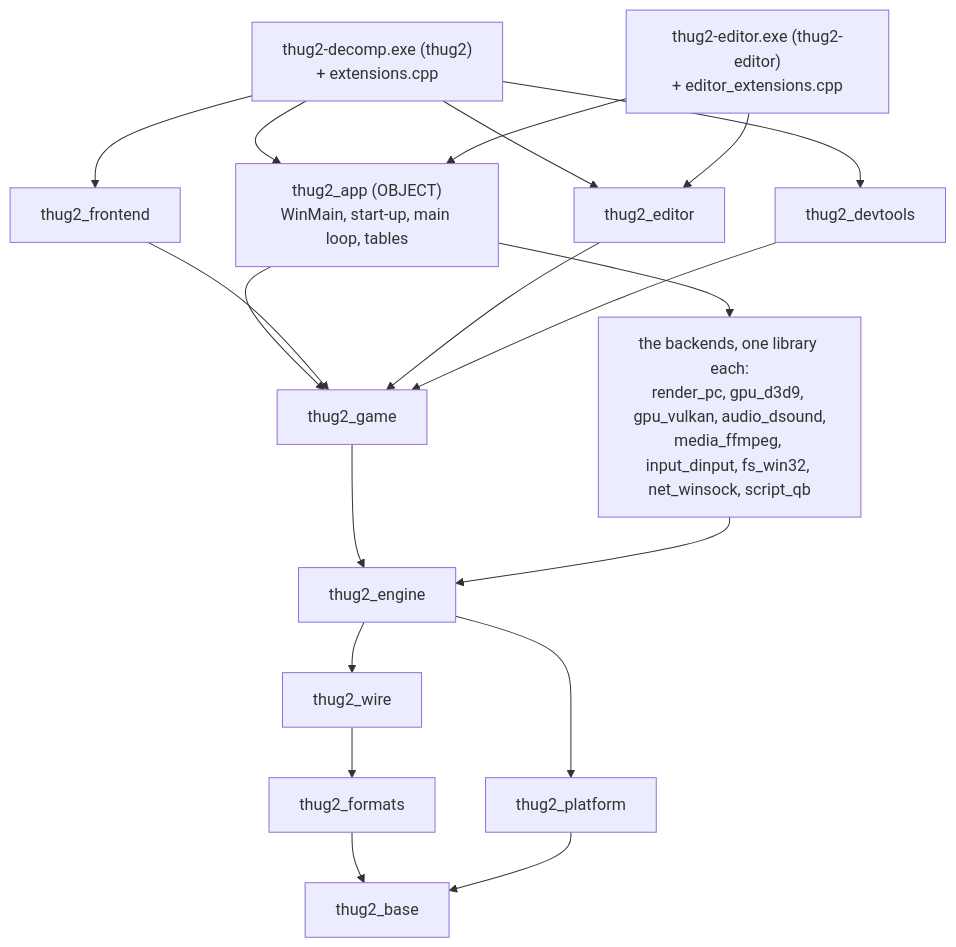
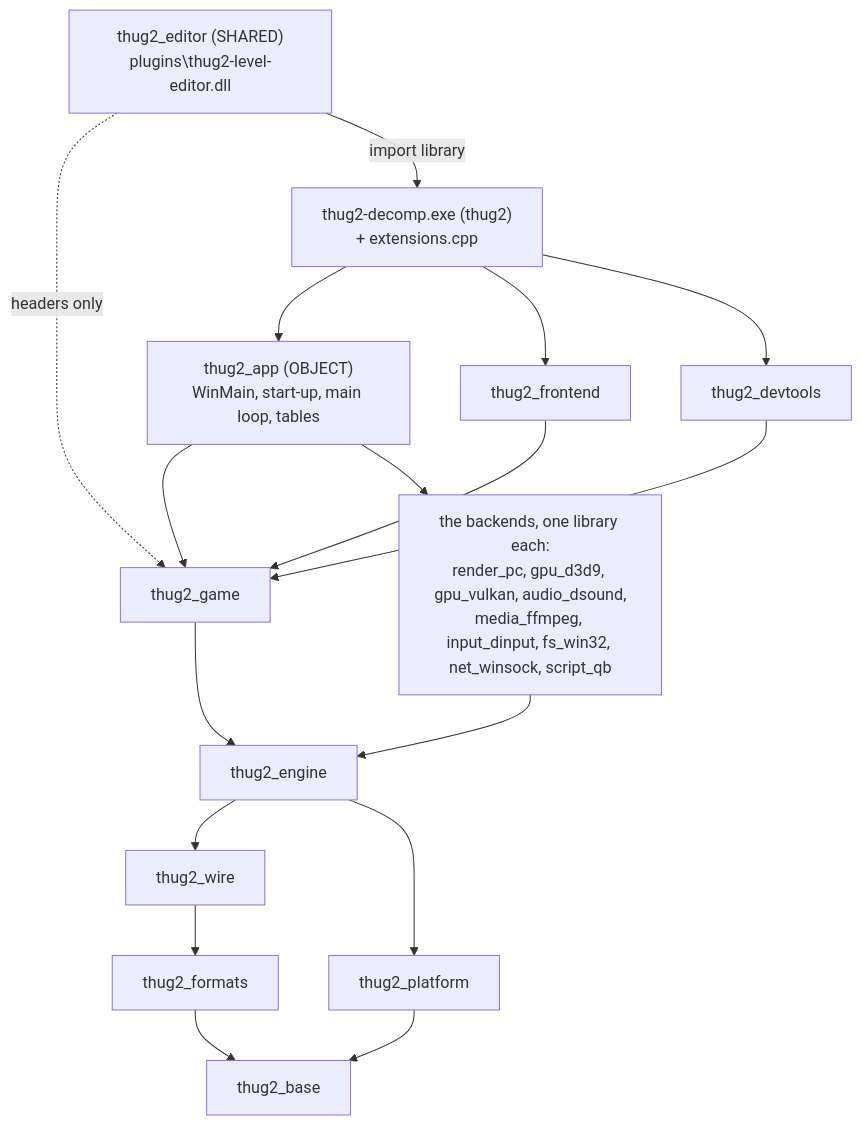
One commit to CanuckAussieKev/thug2-decomp changed the diagram in docs/architecture.md. Above: the diagram before and after it, drawn with Mermaid. The commit also changed other lines of this file and 112 other files, not shown here.

````diff
--- a/docs/architecture.md
+++ b/docs/architecture.md
@@ -159,35 +182,32 @@
 ```mermaid
 graph TD
     thug2["thug2-decomp.exe (thug2)<br/>+ extensions.cpp"]
-    editorexe["thug2-editor.exe (thug2-editor)<br/>+ editor_extensions.cpp"]
     app["thug2_app (OBJECT)<br/>WinMain, start-up, main loop, tables"]
     frontend[thug2_frontend]
-    editor[thug2_editor]
+    editor["thug2_editor (SHARED)<br/>plugins\thug2-level-editor.dll"]
     devtools[thug2_devtools]
     game[thug2_game]
     engine[thug2_engine]
     backends["the backends, one library each:<br/>render_pc, gpu_d3d9, gpu_vulkan, audio_dsound,<br/>media_ffmpeg, input_dinput, fs_win32, net_winsock, script_qb"]
     wire[thug2_wire]
     platform[thug2_platform]
     formats[thug2_formats]
     base[thug2_base]
 
     thug2 --> app
     thug2 --> frontend
-    thug2 --> editor
     thug2 --> devtools
-    editorexe --> app
-    editorexe --> editor
     app --> game
     app --> backends
     frontend --> game
-    editor --> game
+    editor -. "headers only" .-> game
+    editor -- "import library" --> thug2
     devtools --> game
     game --> engine
     backends --> engine
     engine --> wire
     engine --> platform
     wire --> formats
     formats --> base
     platform --> base
 ```
````
